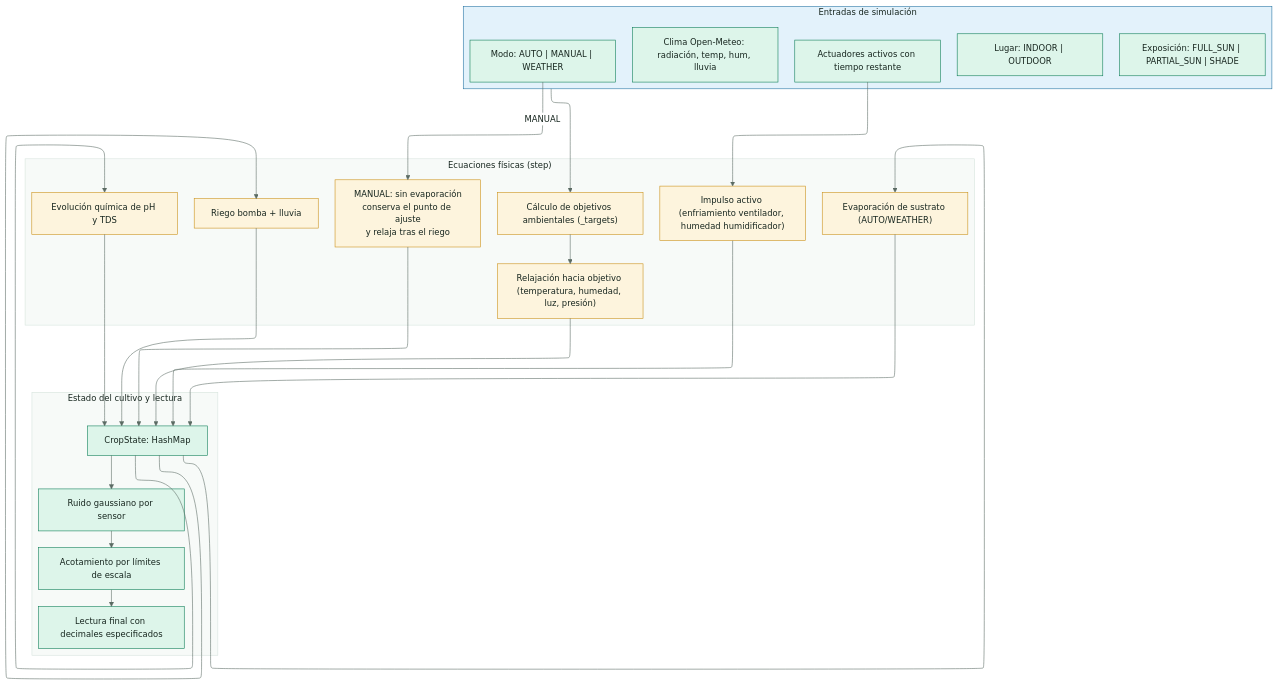
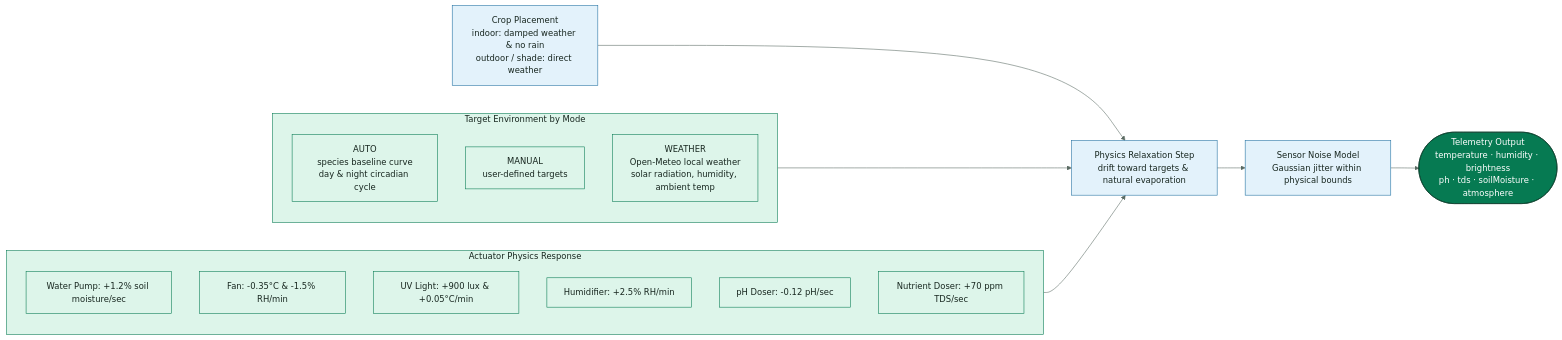
One commit to SmartPotTech/SmartPot-DataGenerator changed the diagram in docs/diagrams/SmartPot_DataGenerator_Rust_02_Environment_Model.mmd. Above: the diagram before and after it, drawn with Mermaid. The commit also changed 9 other files, not shown here.

Commit message:
docs(specs): synchronize 100% english documentation, diagrams, and static assets

```diff
--- a/docs/diagrams/SmartPot_DataGenerator_Rust_02_Environment_Model.mmd
+++ b/docs/diagrams/SmartPot_DataGenerator_Rust_02_Environment_Model.mmd
@@ -1,45 +1,33 @@
-%%{init: {"theme": "base", "fontFamily": "Segoe UI, Arial, sans-serif", "themeVariables": {"fontFamily": "Segoe UI, Arial, sans-serif", "fontSize": "15px", "primaryColor": "#DDF5EA", "primaryTextColor": "#17261F", "primaryBorderColor": "#067A52", "secondaryColor": "#E3F2FB", "secondaryTextColor": "#17261F", "secondaryBorderColor": "#1F6FA0", "tertiaryColor": "#F2F7F4", "tertiaryTextColor": "#17261F", "tertiaryBorderColor": "#D5E3DC", "lineColor": "#5B6B63", "textColor": "#17261F", "mainBkg": "#DDF5EA", "nodeBorder": "#067A52", "clusterBkg": "#F7FAF8", "clusterBorder": "#D5E3DC", "edgeLabelBackground": "#FFFFFF", "actorBkg": "#067A52", "actorBorder": "#0B3D2B", "actorTextColor": "#FFFFFF", "actorLineColor": "#5B6B63", "signalColor": "#17261F", "signalTextColor": "#17261F", "labelBoxBkgColor": "#0B3D2B", "labelBoxBorderColor": "#0B3D2B", "labelTextColor": "#FFFFFF", "loopTextColor": "#0B3D2B", "noteBkgColor": "#FDF4DD", "noteBorderColor": "#C98D12", "noteTextColor": "#17261F", "activationBkgColor": "#DDF5EA", "activationBorderColor": "#067A52", "attributeBackgroundColorOdd": "#FFFFFF", "attributeBackgroundColorEven": "#F2F7F4"}, "layout": "elk", "elk": {"nodePlacementStrategy": "BRANDES_KOEPF", "mergeEdges": false, "cycleBreakingStrategy": "GREEDY"}}}%%
-flowchart TD
-  subgraph Inputs["Entradas de simulación"]
-    mode["Modo: AUTO | MANUAL | WEATHER"]
-    placement["Lugar: INDOOR | OUTDOOR"]
-    exposure["Exposición: FULL_SUN | PARTIAL_SUN | SHADE"]
-    actuators["Actuadores activos con tiempo restante"]
-    weather["Clima Open-Meteo: radiación, temp, hum, lluvia"]
+%%{init: {"theme": "base", "fontFamily": "Segoe UI, Arial, sans-serif", "themeVariables": {"fontFamily": "Segoe UI, Arial, sans-serif", "fontSize": "15px", "primaryColor": "#DDF5EA", "primaryTextColor": "#17261F", "primaryBorderColor": "#067A52", "secondaryColor": "#E3F2FB", "secondaryTextColor": "#17261F", "secondaryBorderColor": "#1F6FA0", "tertiaryColor": "#F2F7F4", "tertiaryTextColor": "#17261F", "tertiaryBorderColor": "#D5E3DC", "lineColor": "#5B6B63", "textColor": "#17261F", "mainBkg": "#DDF5EA", "nodeBorder": "#067A52", "clusterBkg": "#F7FAF8", "clusterBorder": "#D5E3DC", "edgeLabelBackground": "#FFFFFF", "actorBkg": "#067A52", "actorBorder": "#0B3D2B", "actorTextColor": "#FFFFFF", "actorLineColor": "#5B6B63", "signalColor": "#17261F", "signalTextColor": "#17261F", "labelBoxBkgColor": "#0B3D2B", "labelBoxBorderColor": "#0B3D2B", "labelTextColor": "#FFFFFF", "loopTextColor": "#0B3D2B", "noteBkgColor": "#FDF4DD", "noteBorderColor": "#C98D12", "noteTextColor": "#17261F", "activationBkgColor": "#DDF5EA", "activationBorderColor": "#067A52", "attributeBackgroundColorOdd": "#FFFFFF", "attributeBackgroundColorEven": "#F2F7F4"}}}%%
+flowchart LR
+  subgraph target["Target Environment by Mode"]
+    direction TB
+    auto["AUTO<br/>species baseline curve<br/>day & night circadian cycle"]
+    manual["MANUAL<br/>user-defined targets"]
+    weather["WEATHER<br/>Open-Meteo local weather<br/>solar radiation, humidity, ambient temp"]
   end
-
-  subgraph Physics["Ecuaciones físicas (step)"]
-    targets["Cálculo de objetivos ambientales (_targets)"]
-    relax["Relajación hacia objetivo (temperatura, humedad, luz, presión)"]
-    push["Impulso activo (enfriamiento ventilador, humedad humidificador)"]
-    evap["Evaporación de sustrato (AUTO/WEATHER)"]
-    irrig["Riego bomba + lluvia"]
-    chem["Evolución química de pH y TDS"]
-    hold["MANUAL: sin evaporación<br/>conserva el punto de ajuste<br/>y relaja tras el riego"]
+  subgraph actuators["Actuator Physics Response"]
+    direction TB
+    pump["Water Pump: +1.2% soil moisture/sec"]
+    fan["Fan: -0.35°C & -1.5% RH/min"]
+    uv["UV Light: +900 lux & +0.05°C/min"]
+    hum["Humidifier: +2.5% RH/min"]
+    ph["pH Doser: -0.12 pH/sec"]
+    nut["Nutrient Doser: +70 ppm TDS/sec"]
   end
-
-  subgraph State["Estado del cultivo y lectura"]
-    crop_state["CropState: HashMap<String, f64>"]
-    noise["Ruido gaussiano por sensor"]
-    clamping["Acotamiento por límites de escala"]
-    telemetry["Lectura final con decimales especificados"]
-  end
-
-  Inputs --> targets
-  targets --> relax
-  actuators --> push
-  relax & push --> crop_state
-  crop_state --> evap & irrig & chem
-  evap & irrig & chem --> crop_state
-  mode -->|"MANUAL"| hold
-  hold --> crop_state
-  crop_state --> noise --> clamping --> telemetry
-
+  place["Crop Placement<br/>indoor: damped weather & no rain<br/>outdoor / shade: direct weather"]
+  relax["Physics Relaxation Step<br/>drift toward targets & natural evaporation"]
+  noise["Sensor Noise Model<br/>Gaussian jitter within physical bounds"]
+  out(["Telemetry Output<br/>temperature · humidity · brightness<br/>ph · tds · soilMoisture · atmosphere"])
+  target --> relax
+  actuators --> relax
+  place --> relax
+  relax --> noise
+  noise --> out
   classDef leaf fill:#DDF5EA,stroke:#067A52,color:#17261F
   classDef water fill:#E3F2FB,stroke:#1F6FA0,color:#17261F
   classDef sun fill:#FDF4DD,stroke:#C98D12,color:#17261F
-  classDef clay fill:#FBE9E1,stroke:#B85A38,color:#17261F
   classDef core fill:#067A52,stroke:#0B3D2B,color:#FFFFFF
-  class Inputs water
-  class targets,relax,push,evap,irrig,chem,hold sun
-  class crop_state,noise,clamping,telemetry leaf
+  class target,actuators leaf
+  class place,relax,noise water
+  class out core
```
